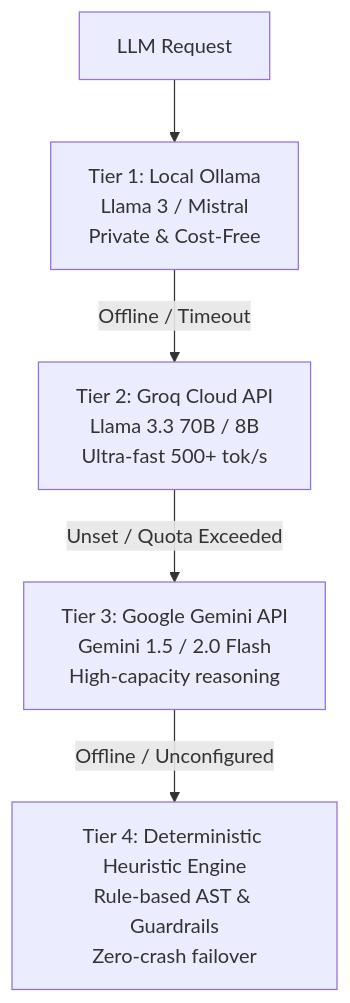
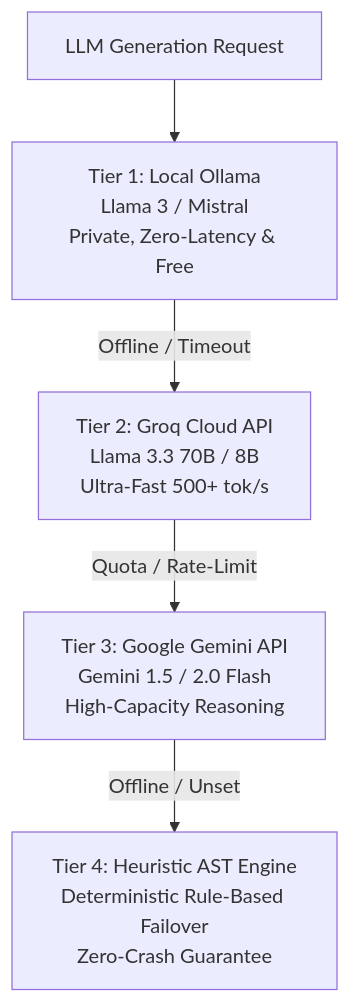
Before and after one commit to AneeketDeo/job-hunt: the diagram in README.md, drawn with Mermaid. The commit also changed other lines of this file, not shown here.

````diff
--- a/README.md
+++ b/README.md
@@ -144,7 +212,7 @@
 ```mermaid
 flowchart TD
-    Req[LLM Request] --> T1[Tier 1: Local Ollama\nLlama 3 / Mistral\nPrivate & Cost-Free]
-    T1 -- Offline / Timeout --> T2[Tier 2: Groq Cloud API\nLlama 3.3 70B / 8B\nUltra-fast 500+ tok/s]
-    T2 -- Unset / Quota Exceeded --> T3[Tier 3: Google Gemini API\nGemini 1.5 / 2.0 Flash\nHigh-capacity reasoning]
-    T3 -- Offline / Unconfigured --> T4[Tier 4: Deterministic Heuristic Engine\nRule-based AST & Guardrails\nZero-crash failover]
+    Req[LLM Generation Request] --> T1[Tier 1: Local Ollama\nLlama 3 / Mistral\nPrivate, Zero-Latency & Free]
+    T1 -- Offline / Timeout --> T2[Tier 2: Groq Cloud API\nLlama 3.3 70B / 8B\nUltra-Fast 500+ tok/s]
+    T2 -- Quota / Rate-Limit --> T3[Tier 3: Google Gemini API\nGemini 1.5 / 2.0 Flash\nHigh-Capacity Reasoning]
+    T3 -- Offline / Unset --> T4[Tier 4: Heuristic AST Engine\nDeterministic Rule-Based Failover\nZero-Crash Guarantee]
 ```
````
